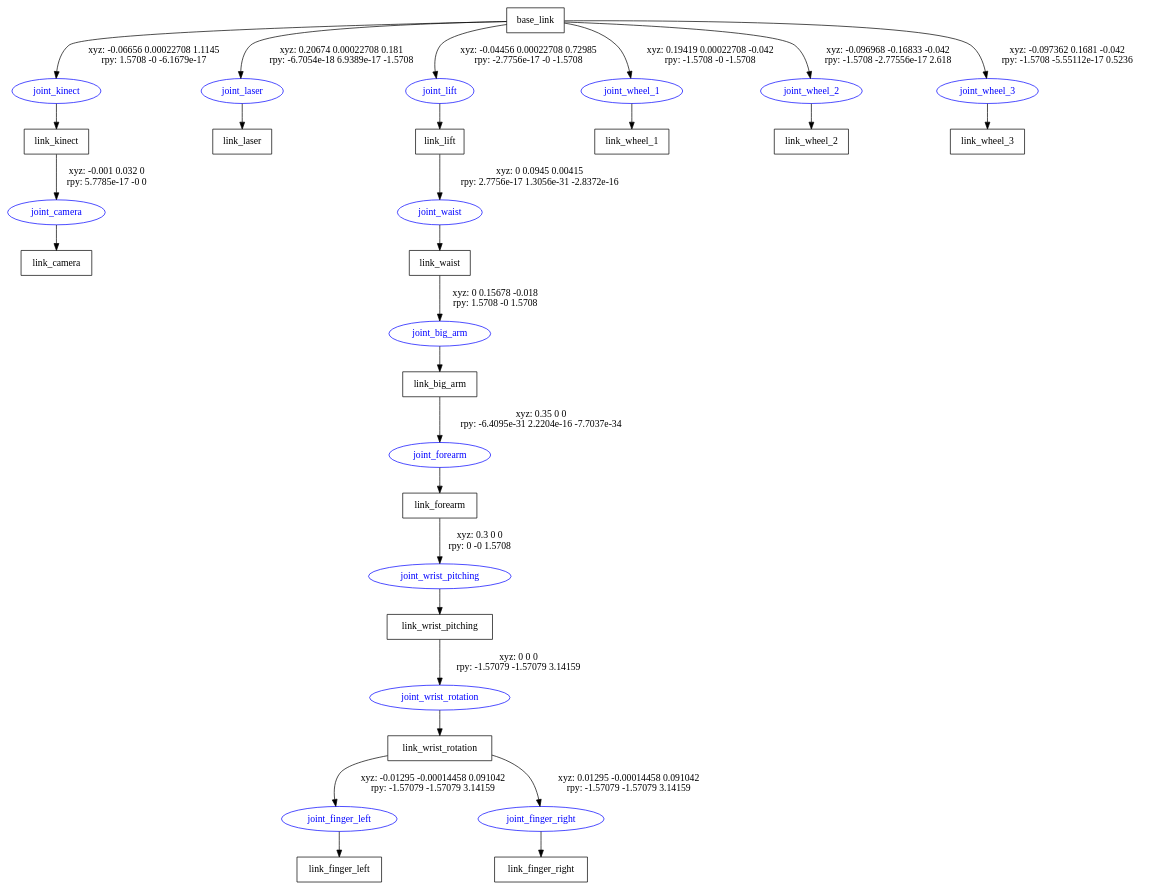
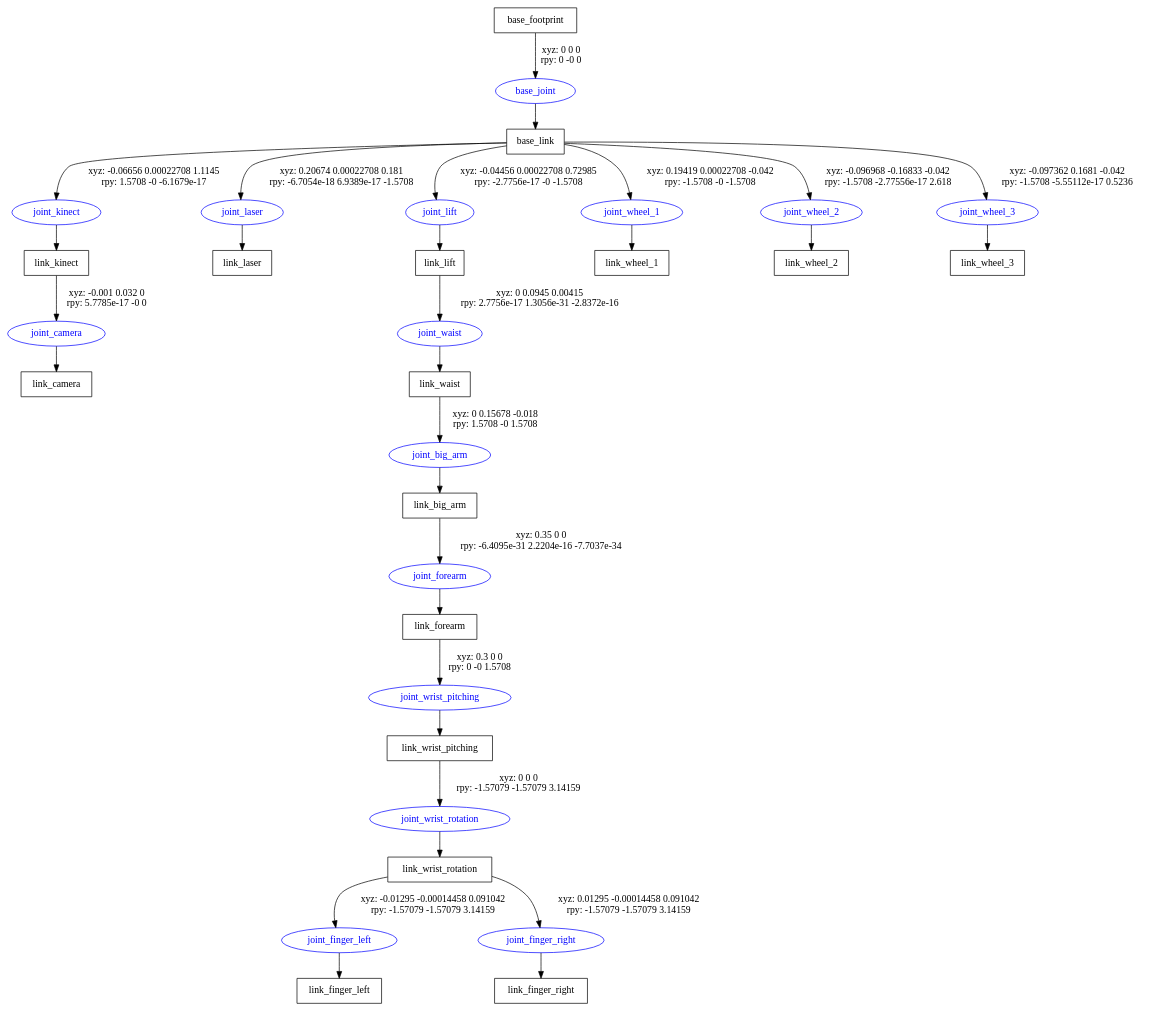
Before and after one commit to xm-project/xm_description: the diagram in xm_robot.gv, drawn with Graphviz. The commit also changed 31 other files, not shown here.

```diff
--- a/xm_robot.gv
+++ b/xm_robot.gv
@@ -1,47 +1,50 @@
 digraph G {
 node [shape=box];
+"base_footprint" [label="base_footprint"];
 "base_link" [label="base_link"];
 "link_kinect" [label="link_kinect"];
 "link_camera" [label="link_camera"];
 "link_laser" [label="link_laser"];
 "link_lift" [label="link_lift"];
 "link_waist" [label="link_waist"];
 "link_big_arm" [label="link_big_arm"];
 "link_forearm" [label="link_forearm"];
 "link_wrist_pitching" [label="link_wrist_pitching"];
 "link_wrist_rotation" [label="link_wrist_rotation"];
 "link_finger_left" [label="link_finger_left"];
 "link_finger_right" [label="link_finger_right"];
 "link_wheel_1" [label="link_wheel_1"];
 "link_wheel_2" [label="link_wheel_2"];
 "link_wheel_3" [label="link_wheel_3"];
 node [shape=ellipse, color=blue, fontcolor=blue];
+"base_footprint" -> "base_joint" [label="xyz: 0 0 0 \nrpy: 0 -0 0"]
+"base_joint" -> "base_link"
 "base_link" -> "joint_kinect" [label="xyz: -0.06656 0.00022708 1.1145 \nrpy: 1.5708 -0 -6.1679e-17"]
 "joint_kinect" -> "link_kinect"
 "link_kinect" -> "joint_camera" [label="xyz: -0.001 0.032 0 \nrpy: 5.7785e-17 -0 0"]
 "joint_camera" -> "link_camera"
 "base_link" -> "joint_laser" [label="xyz: 0.20674 0.00022708 0.181 \nrpy: -6.7054e-18 6.9389e-17 -1.5708"]
 "joint_laser" -> "link_laser"
 "base_link" -> "joint_lift" [label="xyz: -0.04456 0.00022708 0.72985 \nrpy: -2.7756e-17 -0 -1.5708"]
 "joint_lift" -> "link_lift"
 "link_lift" -> "joint_waist" [label="xyz: 0 0.0945 0.00415 \nrpy: 2.7756e-17 1.3056e-31 -2.8372e-16"]
 "joint_waist" -> "link_waist"
 "link_waist" -> "joint_big_arm" [label="xyz: 0 0.15678 -0.018 \nrpy: 1.5708 -0 1.5708"]
 "joint_big_arm" -> "link_big_arm"
 "link_big_arm" -> "joint_forearm" [label="xyz: 0.35 0 0 \nrpy: -6.4095e-31 2.2204e-16 -7.7037e-34"]
 "joint_forearm" -> "link_forearm"
 "link_forearm" -> "joint_wrist_pitching" [label="xyz: 0.3 0 0 \nrpy: 0 -0 1.5708"]
 "joint_wrist_pitching" -> "link_wrist_pitching"
 "link_wrist_pitching" -> "joint_wrist_rotation" [label="xyz: 0 0 0 \nrpy: -1.57079 -1.57079 3.14159"]
 "joint_wrist_rotation" -> "link_wrist_rotation"
 "link_wrist_rotation" -> "joint_finger_left" [label="xyz: -0.01295 -0.00014458 0.091042 \nrpy: -1.57079 -1.57079 3.14159"]
 "joint_finger_left" -> "link_finger_left"
 "link_wrist_rotation" -> "joint_finger_right" [label="xyz: 0.01295 -0.00014458 0.091042 \nrpy: -1.57079 -1.57079 3.14159"]
 "joint_finger_right" -> "link_finger_right"
 "base_link" -> "joint_wheel_1" [label="xyz: 0.19419 0.00022708 -0.042 \nrpy: -1.5708 -0 -1.5708"]
 "joint_wheel_1" -> "link_wheel_1"
 "base_link" -> "joint_wheel_2" [label="xyz: -0.096968 -0.16833 -0.042 \nrpy: -1.5708 -2.77556e-17 2.618"]
 "joint_wheel_2" -> "link_wheel_2"
 "base_link" -> "joint_wheel_3" [label="xyz: -0.097362 0.1681 -0.042 \nrpy: -1.5708 -5.55112e-17 0.5236"]
 "joint_wheel_3" -> "link_wheel_3"
 }
```
